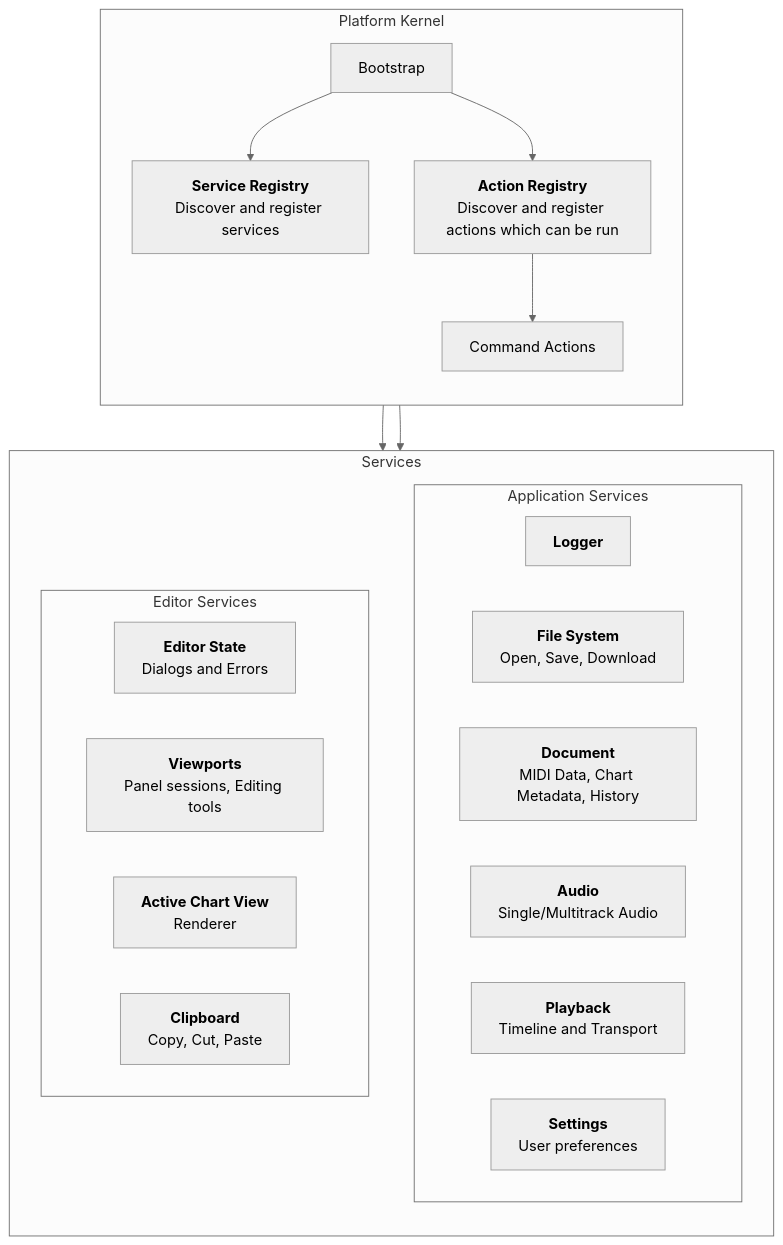
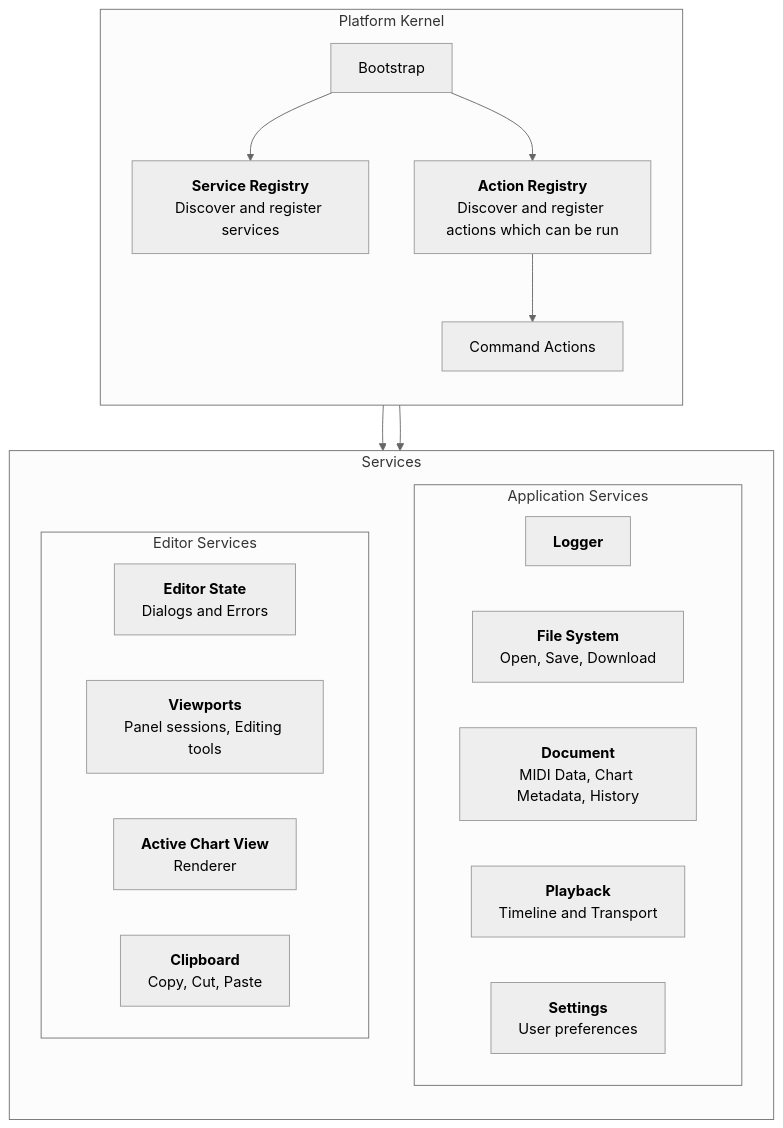
The second of 2 diagrams in docs/index.md (thomascswalker/openchart), drawn with Mermaid (neutral theme) before and after one commit. The commit also changed 2 other files, not shown here.

Commit message:
chore(editor): remove ts-audio and stale docs

````diff
--- a/docs/index.md
+++ b/docs/index.md
@@ -49,37 +49,36 @@
 ```mermaid
 flowchart TD
     direction LR
         subgraph KERNEL["Platform Kernel"]
             direction TB
             NAMING["Bootstrap"]
             SR["<b>Service Registry</b><br/>Discover and register services"]
             AR["<b>Action Registry</b><br/>Discover and register actions which can be run"]
             ACTIONS["Command Actions"]
         end
 
         subgraph SERVICES["Services"]
             direction TB
             subgraph APPSVC["Application Services"]
                 direction LR
                 LOG["<b>Logger</b>"]
                 FSYS["<b>File System</b><br/>Open, Save, Download"]
                 DOC["<b>Document</b><br/>MIDI Data, Chart Metadata, History"]
-                AUD["<b>Audio</b><br/>Single/Multitrack Audio"]
                 PB["<b>Playback</b><br/>Timeline and Transport"]
                 SET["<b>Settings</b><br/>User preferences"]
             end
             subgraph EDSVC["Editor Services"]
                 direction LR
                 EST["<b>Editor State</b><br/>Dialogs and Errors"]
                 VPS["<b>Viewports</b><br/>Panel sessions, Editing tools"]
                 ACV["<b>Active Chart View</b><br/>Renderer"]
                 CLIP["<b>Clipboard</b><br/>Copy, Cut, Paste"]
             end
         end
 
         NAMING --> SR
         NAMING --> AR
         AR --> ACTIONS
         SR --> SERVICES
         ACTIONS --> SERVICES
 ```
````
